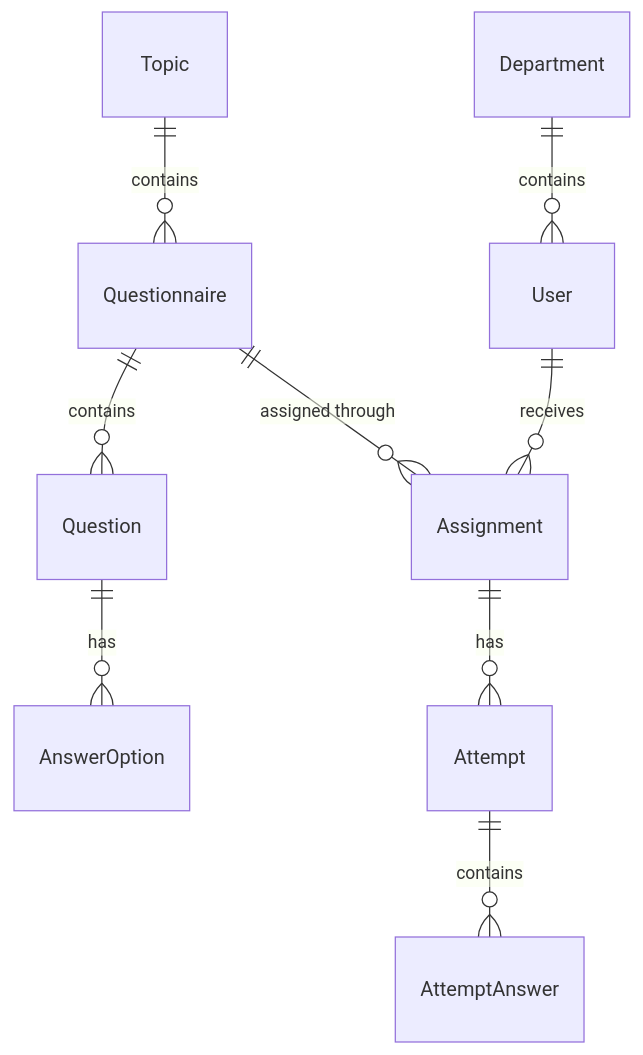
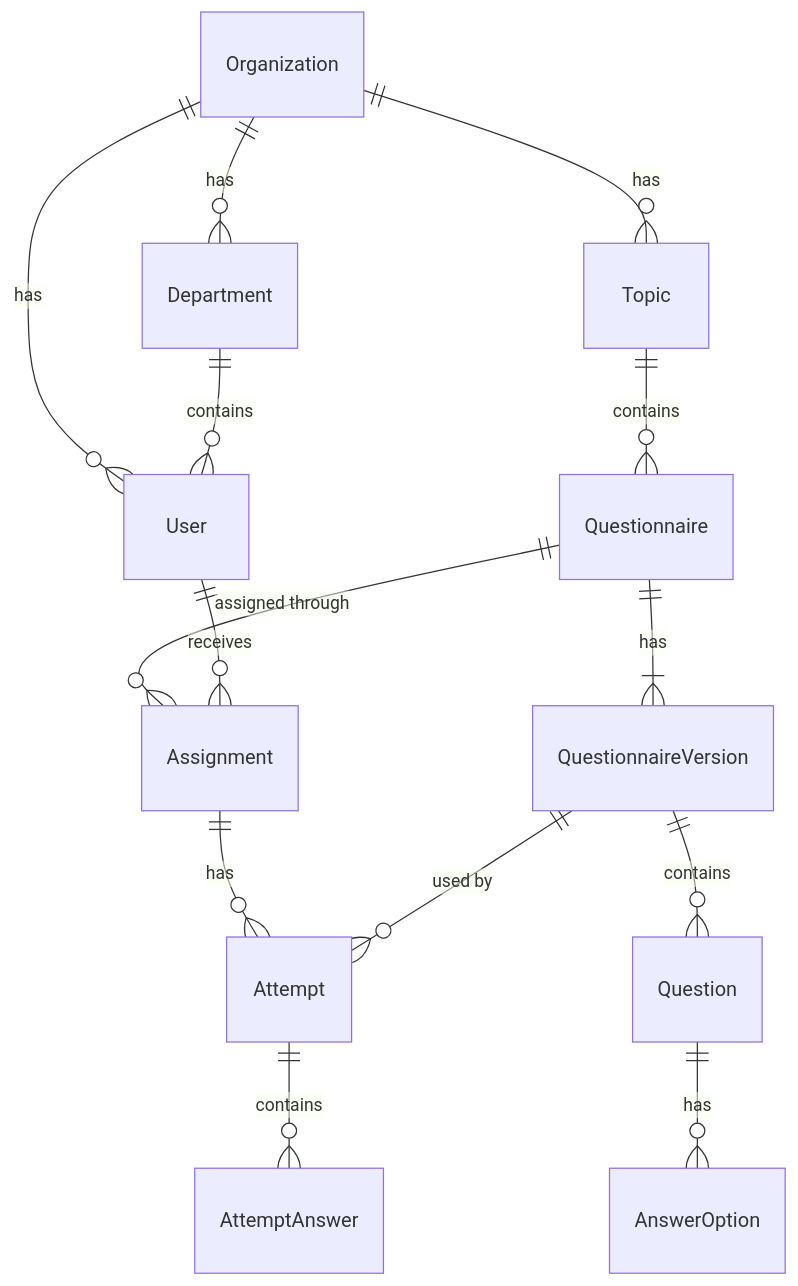
One commit to mkrsmanovic-fuentis/hrm changed the diagram in docs/developer-guide/data-model.mdx. Above: the diagram before and after it, drawn with Mermaid. The commit also changed other lines of this file and 1 other file, not shown here.

````diff
--- a/docs/developer-guide/data-model.mdx
+++ b/docs/developer-guide/data-model.mdx
@@ -30,11 +32,16 @@
 ```mermaid
 erDiagram
+  Organization ||--o{ User : has
+  Organization ||--o{ Department : has
+  Organization ||--o{ Topic : has
   Department ||--o{ User : contains
   Topic ||--o{ Questionnaire : contains
-  Questionnaire ||--o{ Question : contains
+  Questionnaire ||--|{ QuestionnaireVersion : has
+  QuestionnaireVersion ||--o{ Question : contains
   Question ||--o{ AnswerOption : has
   Questionnaire ||--o{ Assignment : "assigned through"
   User ||--o{ Assignment : receives
   Assignment ||--o{ Attempt : has
+  QuestionnaireVersion ||--o{ Attempt : "used by"
   Attempt ||--o{ AttemptAnswer : contains
 ```
````
